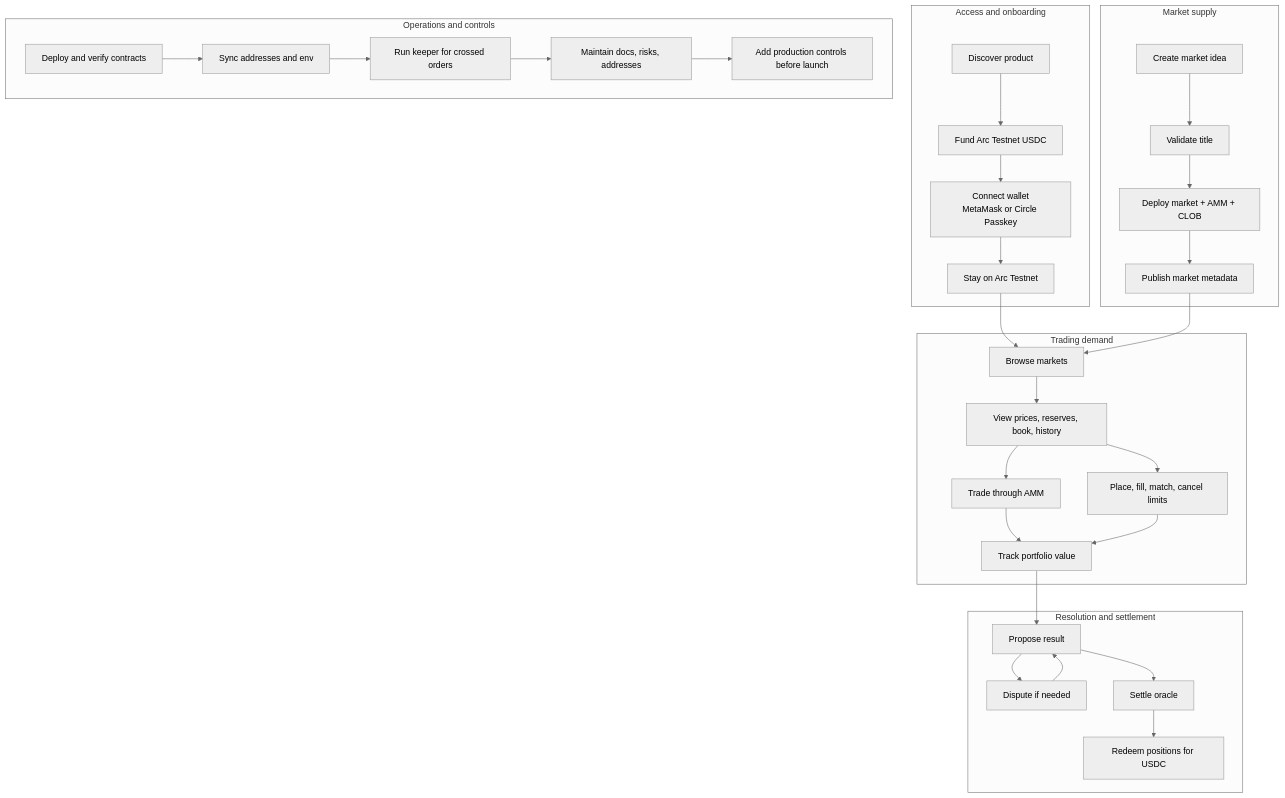
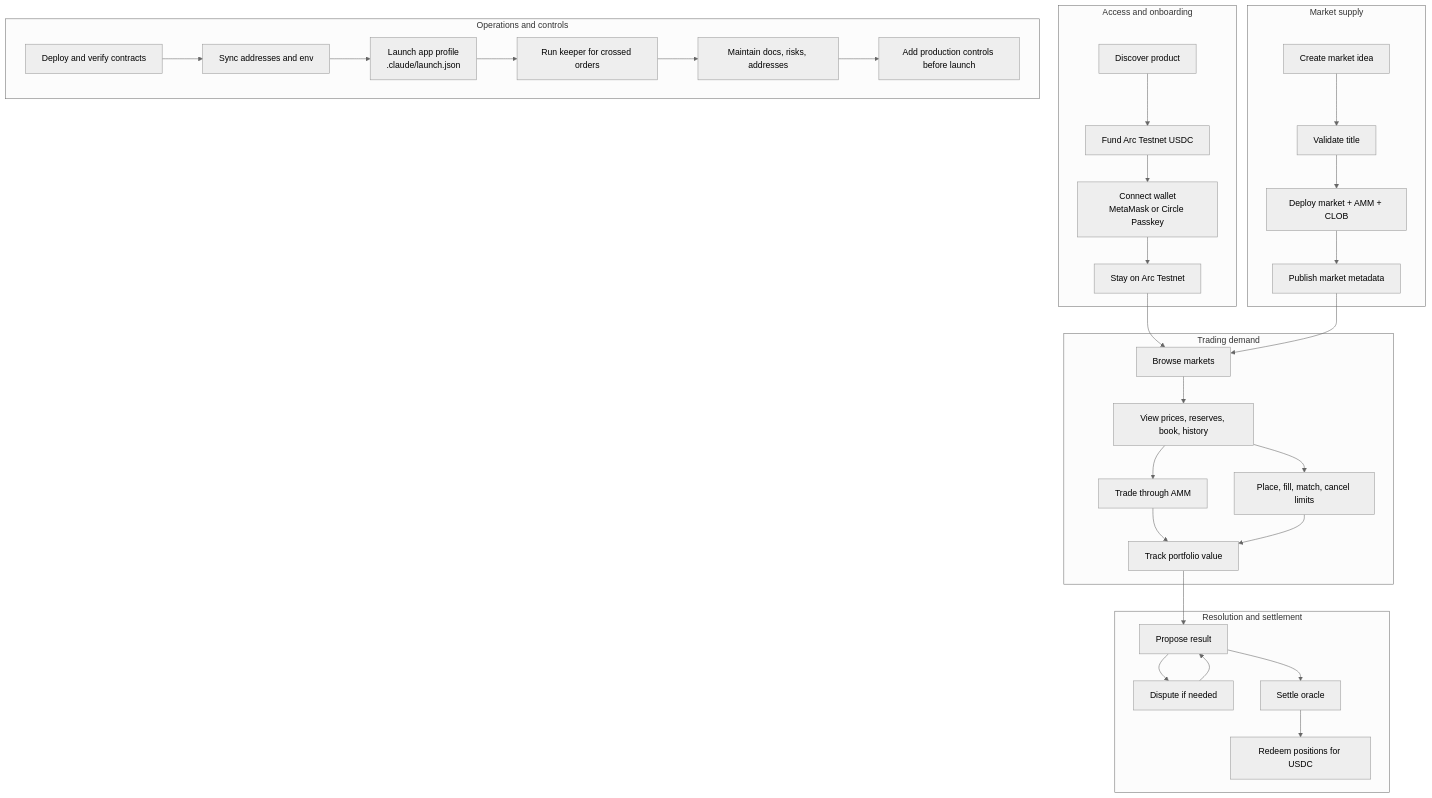
Before and after one commit to Kirashchuk/Predict-Edge: the first of 8 diagrams in docs/business-processes-ascii-mermaid.md, drawn with Mermaid (neutral theme). The commit also changed other lines of this file and 2 other files, not shown here.

Commit message:
Update Mermaid docs

````diff
--- a/docs/business-processes-ascii-mermaid.md
+++ b/docs/business-processes-ascii-mermaid.md
@@ -7,66 +7,68 @@
 ```mermaid
 flowchart TB
     subgraph Access["Access and onboarding"]
         Discover["Discover product"]
         Fund["Fund Arc Testnet USDC"]
         Connect["Connect wallet<br/>MetaMask or Circle Passkey"]
         ChainGuard["Stay on Arc Testnet"]
     end
 
     subgraph MarketSupply["Market supply"]
         CreateIdea["Create market idea"]
         ValidateTitle["Validate title"]
         DeployMarket["Deploy market + AMM + CLOB"]
         Publish["Publish market metadata"]
     end
 
     subgraph TradingDemand["Trading demand"]
         Browse["Browse markets"]
         Analyze["View prices, reserves, book, history"]
         TradeAMM["Trade through AMM"]
         TradeCLOB["Place, fill, match, cancel limits"]
         Portfolio["Track portfolio value"]
     end
 
     subgraph Resolution["Resolution and settlement"]
         Propose["Propose result"]
         Dispute["Dispute if needed"]
         SettleOracle["Settle oracle"]
         Redeem["Redeem positions for USDC"]
     end
 
     subgraph Operations["Operations and controls"]
         DeployOps["Deploy and verify contracts"]
         EnvOps["Sync addresses and env"]
+        LaunchOps["Launch app profile<br/>.claude/launch.json"]
         KeeperOps["Run keeper for crossed orders"]
         DocsOps["Maintain docs, risks, addresses"]
         SecurityOps["Add production controls before launch"]
     end
 
     Discover --> Fund
     Fund --> Connect
     Connect --> ChainGuard
     ChainGuard --> Browse
 
     CreateIdea --> ValidateTitle
     ValidateTitle --> DeployMarket
     DeployMarket --> Publish
     Publish --> Browse
 
     Browse --> Analyze
     Analyze --> TradeAMM
     Analyze --> TradeCLOB
     TradeAMM --> Portfolio
     TradeCLOB --> Portfolio
     Portfolio --> Propose
 
     Propose --> Dispute
     Propose --> SettleOracle
     Dispute --> Propose
     SettleOracle --> Redeem
 
     DeployOps --> EnvOps
-    EnvOps --> KeeperOps
+    EnvOps --> LaunchOps
+    LaunchOps --> KeeperOps
     KeeperOps --> DocsOps
     DocsOps --> SecurityOps
 ```
````
